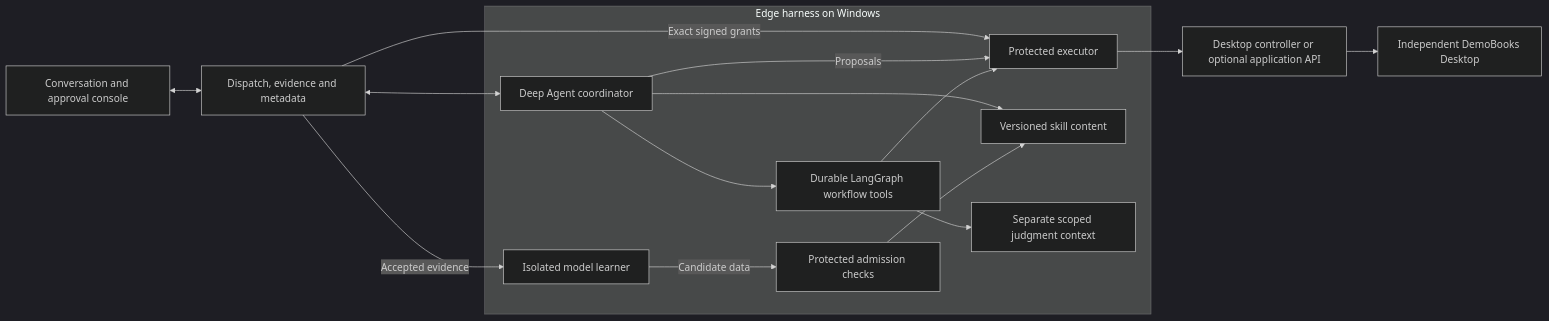
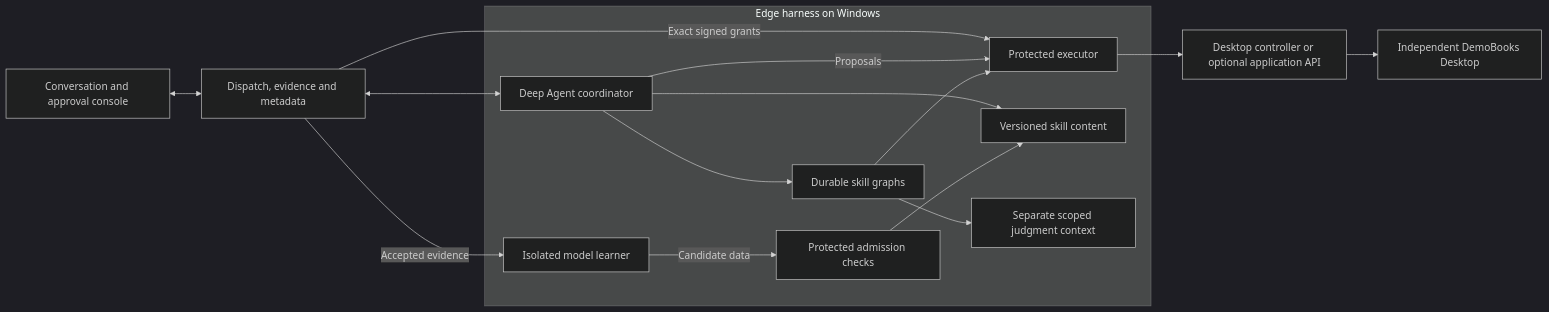
One commit to philip-roy-jones/enterprise-agent-system changed the diagram in README.md. Above: the diagram before and after it, drawn with Mermaid (dark theme). The commit also changed other lines of this file and 100 other files, not shown here.

````diff
--- a/README.md
+++ b/README.md
@@ -109,18 +109,18 @@
 ```mermaid
 flowchart LR
     Staff[Conversation and approval console] <--> Server[Dispatch, evidence and metadata]
     Server <--> Agent
     Server -->|Exact signed grants| Authority
     subgraph Edge[Edge harness on Windows]
         Agent[Deep Agent coordinator] --> Skills[Versioned skill content]
-        Agent --> Graph[Durable LangGraph workflow tools]
+        Agent --> Graph[Durable skill graphs]
         Agent -->|Proposals| Authority[Protected executor]
         Graph --> Authority
         Graph --> Judgment[Separate scoped judgment context]
         Learner[Isolated model learner] -->|Candidate data| Checks[Protected admission checks]
         Checks --> Skills
     end
     Authority --> Controller[Desktop controller or optional application API]
     Controller --> DemoBooks[Independent DemoBooks Desktop]
     Server -->|Accepted evidence| Learner
 ```
````
